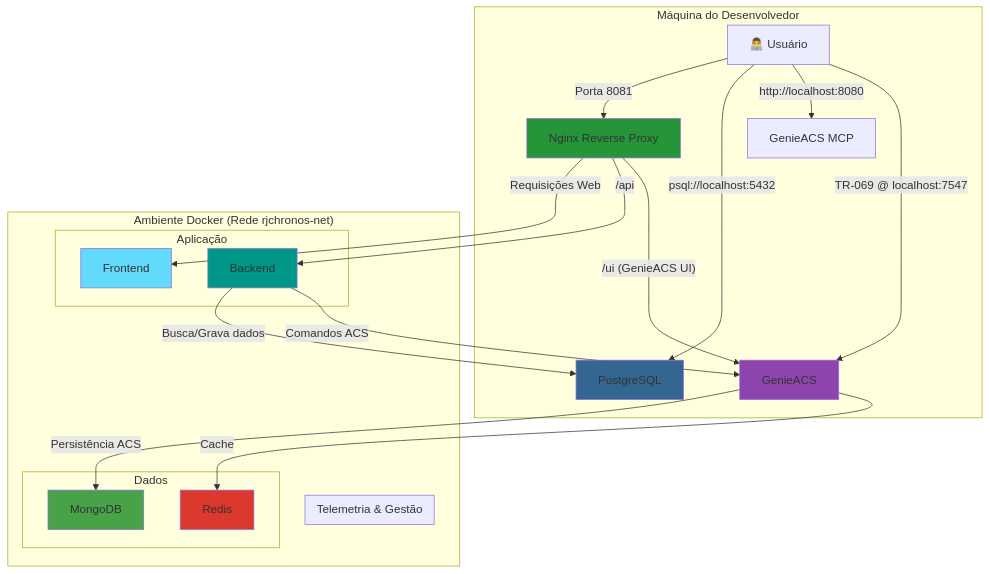
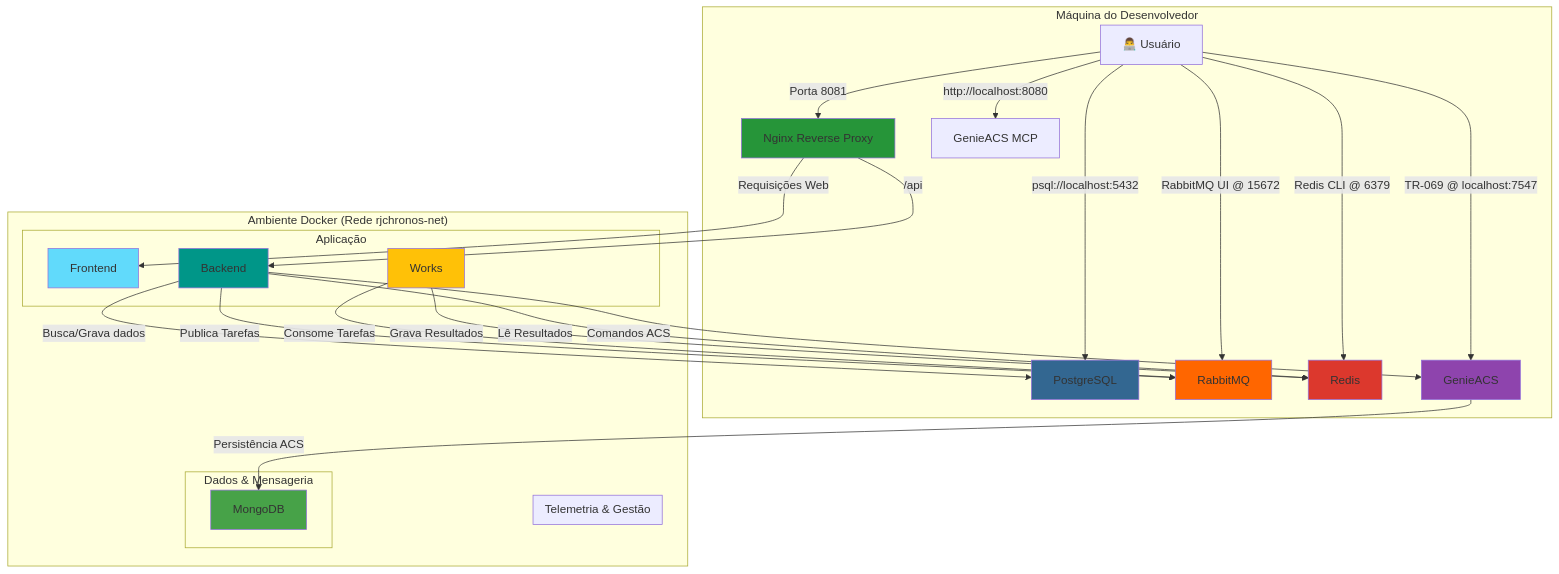
One commit to GustSR/RJChronosConnect changed the diagram in DEVELOPMENT.md. Above: the diagram before and after it, drawn with Mermaid. The commit also changed other lines of this file and 14 other files, not shown here.

````diff
--- a/DEVELOPMENT.md
+++ b/DEVELOPMENT.md
@@ -39,47 +39,56 @@
 ```mermaid
 graph TD
     subgraph "Máquina do Desenvolvedor"
         U["👨‍💻 Usuário"] -- "Porta 8081" --> RP
         U -- "psql://localhost:5432" --> DB_APP[PostgreSQL]
+        U -- "RabbitMQ UI @ 15672" --> RMQ
+        U -- "Redis CLI @ 6379" --> REDIS
         U -- "http://localhost:8080" --> MCP[GenieACS MCP]
         U -- "TR-069 @ localhost:7547" --> G[GenieACS]
     end
 
     subgraph "Ambiente Docker (Rede rjchronos-net)"
         RP[Nginx Reverse Proxy]
 
         subgraph "Aplicação"
             F[Frontend]
             B[Backend]
+            W[Works]
         end
 
         subgraph "Telemetria & Gestão"
             G
             MCP
         end
 
-        subgraph "Dados"
+        subgraph "Dados & Mensageria"
             DB_APP
             DB_ACS[MongoDB]
             REDIS[Redis]
+            RMQ[RabbitMQ]
         end
 
         RP -- "Requisições Web" --> F
         RP -- "/api" --> B
-        RP -- "/ui (GenieACS UI)" --> G
 
         B -- "Busca/Grava dados" --> DB_APP
         B -- "Comandos ACS" --> G
+        B -- "Publica Tarefas" --> RMQ
+
+        W -- "Consome Tarefas" --> RMQ
+        W -- "Grava Resultados" --> REDIS
+        B -- "Lê Resultados" --> REDIS
 
         G -- "Persistência ACS" --> DB_ACS
-        G -- "Cache" --> REDIS
     end
 
     style F fill:#61DAFB
     style B fill:#009688
+    style W fill:#FFC107
     style G fill:#8E44AD
     style DB_APP fill:#336791
     style DB_ACS fill:#47A248
     style REDIS fill:#DC382D
+    style RMQ fill:#FF6600
     style RP fill:#269539
 ```
````
